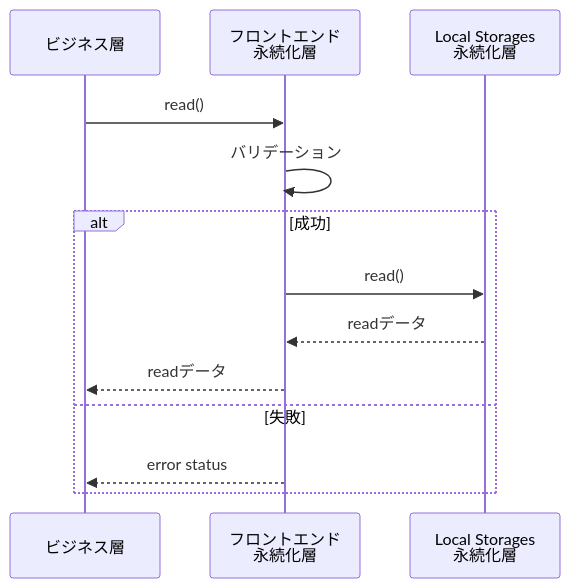
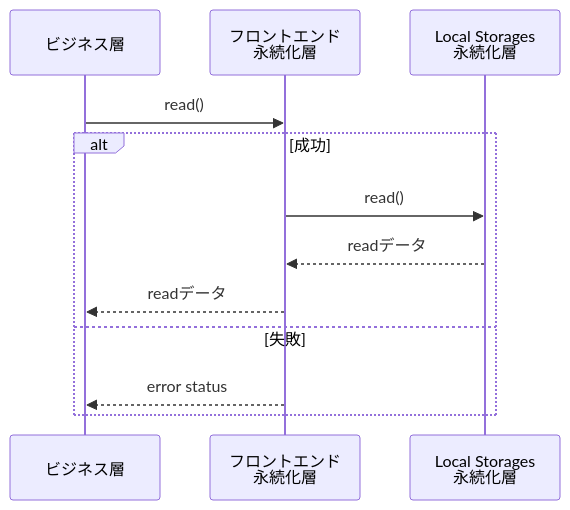
The second of 3 diagrams in doc/05_04_PERSISTENT_SPEC.md (osawa-naotaka/vanishtodo), drawn with Mermaid before and after one commit. The commit also changed other lines of this file and 1 other file, not shown here.

````diff
--- a/doc/05_04_PERSISTENT_SPEC.md
+++ b/doc/05_04_PERSISTENT_SPEC.md
@@ -66,16 +66,15 @@
 ```mermaid
 sequenceDiagram
     participant Business as ビジネス層
     participant Front as フロントエンド<br>永続化層
     participant Local as Local Storages<br>永続化層
     
     Business->>Front: read()
-    Front->>Front: バリデーション
     alt 成功
         Front->>Local: read()
         Local-->>Front: readデータ
         Front-->>Business: readデータ
     else 失敗
         Front-->>Business: error status
     end
 ```
````
